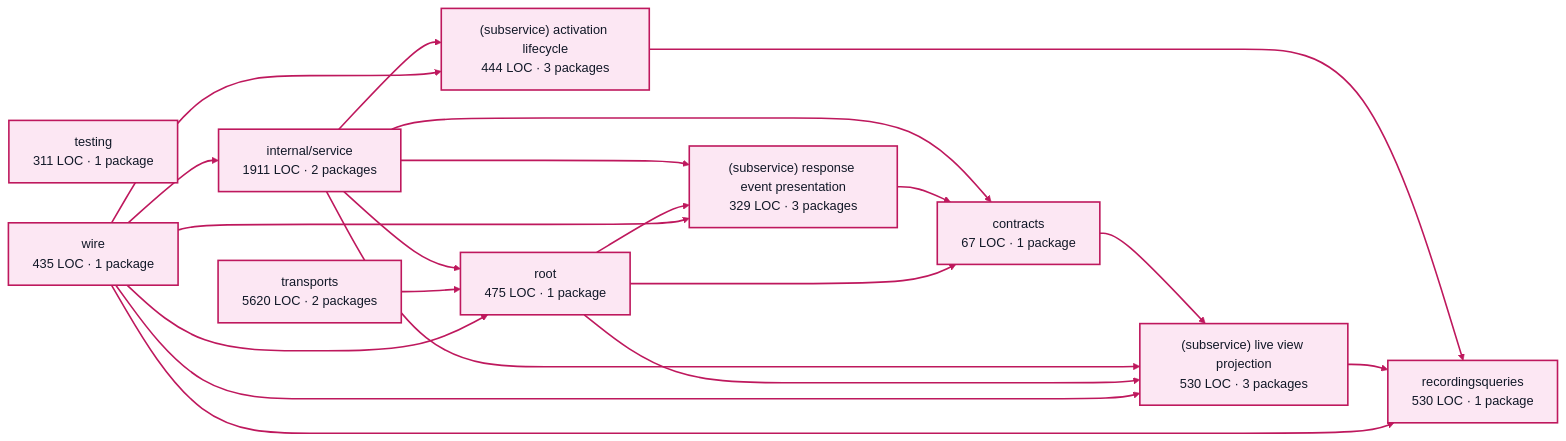
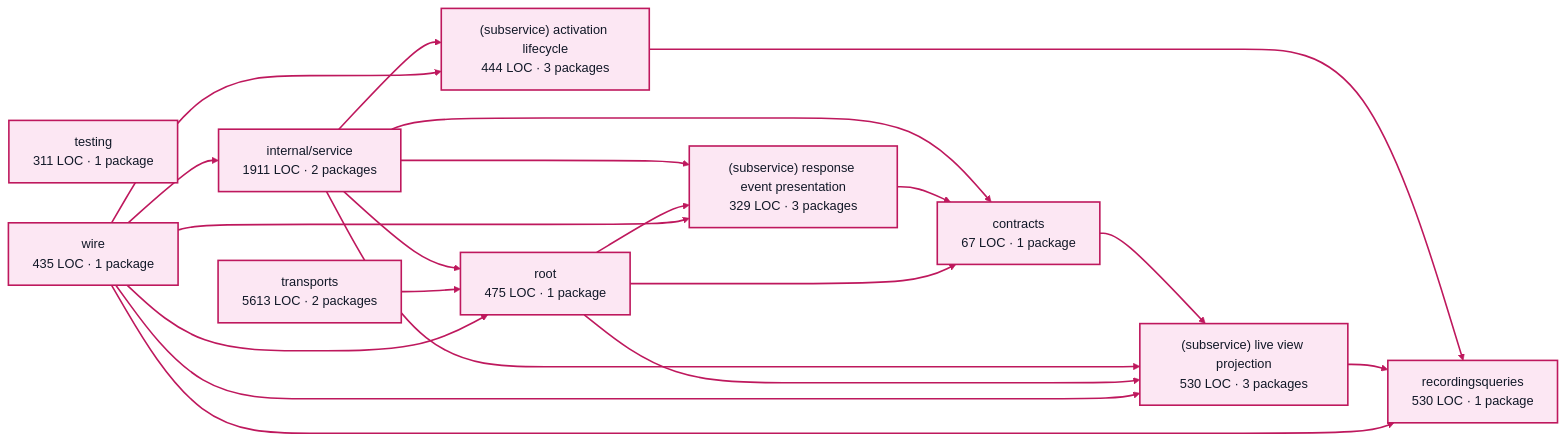
The diagram in docs/architecture/visualizations/services/factory_visualization.md (portpowered/you-agent-factory), drawn with Mermaid before and after one commit. The commit also changed other lines of this file and 20 other files, not shown here.

Commit message:
docs: refresh backend architecture visualizations

````diff
--- a/docs/architecture/visualizations/services/factory_visualization.md
+++ b/docs/architecture/visualizations/services/factory_visualization.md
@@ -11,43 +11,43 @@
 ```mermaid
 flowchart LR
   p0["contracts<br/>67 LOC · 1 package"]
   p1["recordingsqueries<br/>530 LOC · 1 package"]
   p2["internal/service<br/>1911 LOC · 2 packages"]
   p3["(subservice) activation lifecycle<br/>444 LOC · 3 packages"]
   p4["(subservice) live view projection<br/>530 LOC · 3 packages"]
   p5["(subservice) response event presentation<br/>329 LOC · 3 packages"]
   p6["testing<br/>311 LOC · 1 package"]
   p7["root<br/>475 LOC · 1 package"]
-  p8["transports<br/>5620 LOC · 2 packages"]
+  p8["transports<br/>5613 LOC · 2 packages"]
   p9["wire<br/>435 LOC · 1 package"]
   p0 --> p4
   p2 --> p0
   p2 --> p3
   p2 --> p4
   p2 --> p5
   p2 --> p7
   p3 --> p1
   p4 --> p1
   p5 --> p0
   p7 --> p0
   p7 --> p4
   p7 --> p5
   p8 --> p7
   p9 --> p1
   p9 --> p2
   p9 --> p3
   p9 --> p4
   p9 --> p5
   p9 --> p7
   style p0 fill:#fce7f3,stroke:#be185d,stroke-width:2px,color:#111827
   style p1 fill:#fce7f3,stroke:#be185d,stroke-width:2px,color:#111827
   style p2 fill:#fce7f3,stroke:#be185d,stroke-width:2px,color:#111827
   style p3 fill:#fce7f3,stroke:#be185d,stroke-width:2px,color:#111827
   style p4 fill:#fce7f3,stroke:#be185d,stroke-width:2px,color:#111827
   style p5 fill:#fce7f3,stroke:#be185d,stroke-width:2px,color:#111827
   style p6 fill:#fce7f3,stroke:#be185d,stroke-width:2px,color:#111827
   style p7 fill:#fce7f3,stroke:#be185d,stroke-width:2px,color:#111827
   style p8 fill:#fce7f3,stroke:#be185d,stroke-width:2px,color:#111827
   style p9 fill:#fce7f3,stroke:#be185d,stroke-width:2px,color:#111827
   linkStyle default stroke:#be185d,stroke-width:2px
 ```
````
